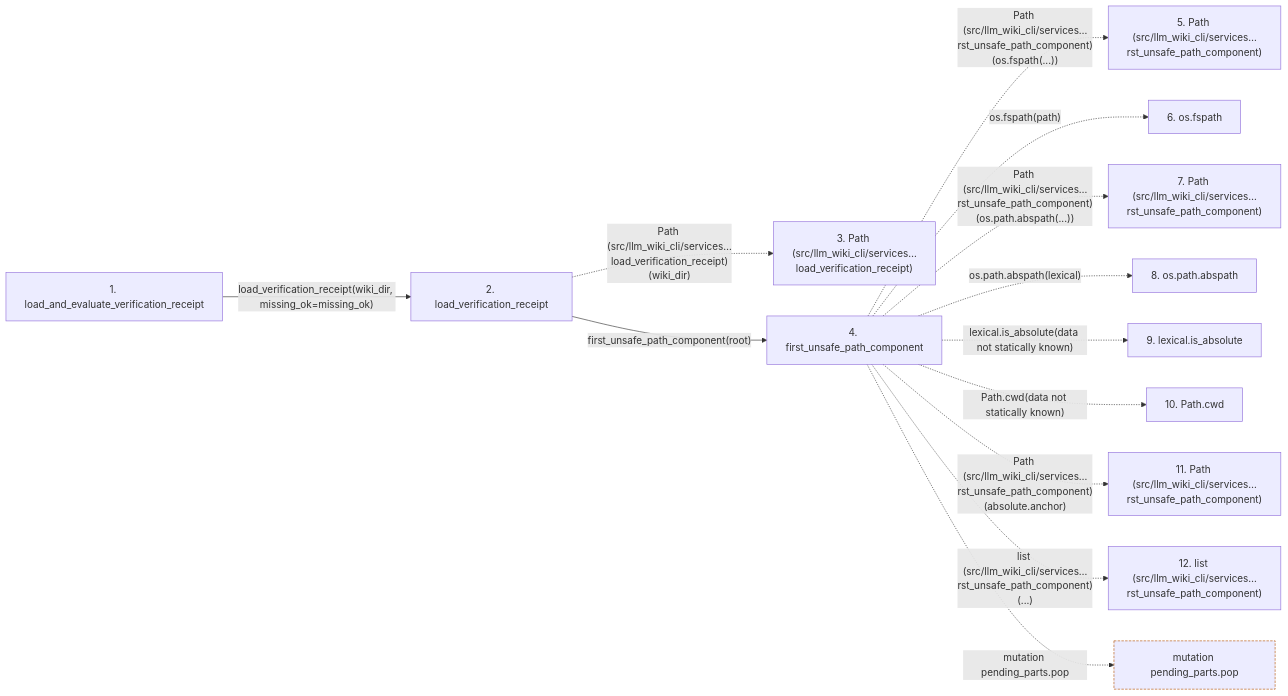
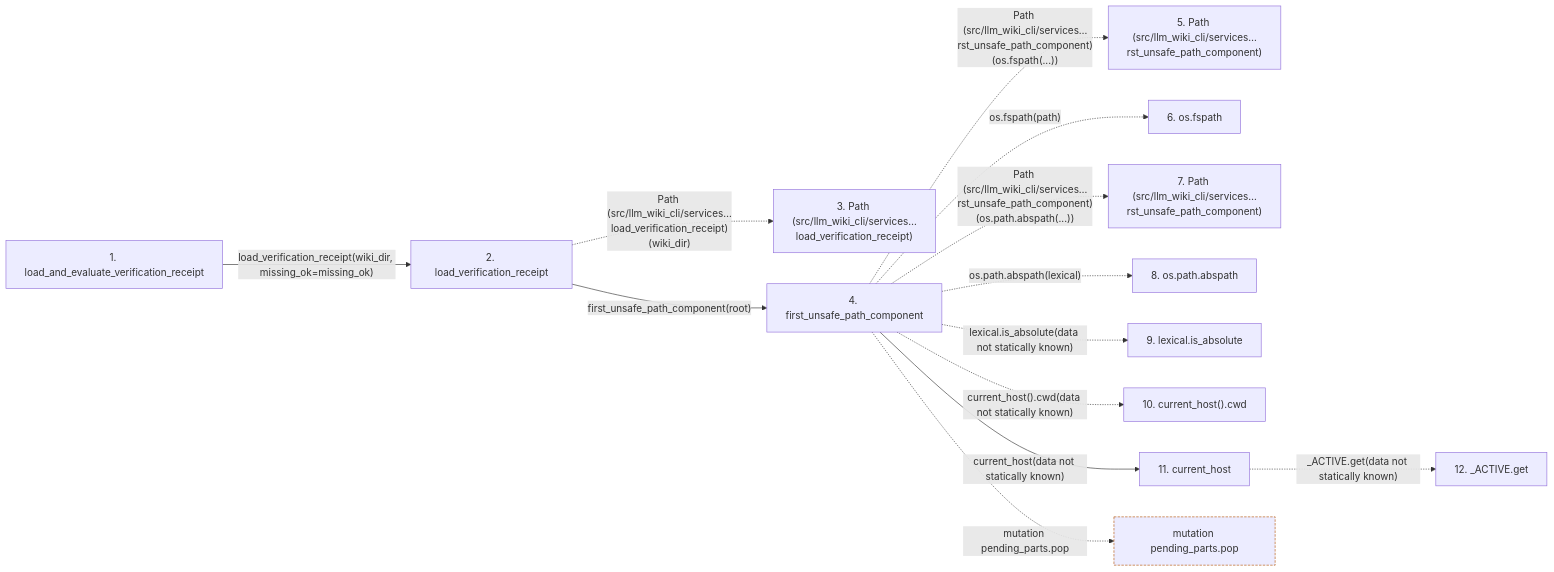
One commit to Denissvgn/python-wiki-llm changed the second of 2 diagrams in docs/llm_wiki/flows/api-load_and_evaluate_verification_receipt.md. Above: the diagram before and after it, drawn with Mermaid. The commit also changed other lines of this file and 1555 other files, not shown here.

````diff
--- a/docs/llm_wiki/flows/api-load_and_evaluate_verification_receipt.md
+++ b/docs/llm_wiki/flows/api-load_and_evaluate_verification_receipt.md
@@ -129,33 +138,34 @@
 ```mermaid
 flowchart LR
     s1["1. load_and_evaluate_verification_receipt"]
     s2["2. load_verification_receipt"]
     s3["3. Path (src/llm_wiki_cli/services…load_verification_receipt)"]
     s4["4. first_unsafe_path_component"]
     s5["5. Path (src/llm_wiki_cli/services…rst_unsafe_path_component)"]
     s6["6. os.fspath"]
     s7["7. Path (src/llm_wiki_cli/services…rst_unsafe_path_component)"]
     s8["8. os.path.abspath"]
     s9["9. lexical.is_absolute"]
-    s10["10. Path.cwd"]
-    s11["11. Path (src/llm_wiki_cli/services…rst_unsafe_path_component)"]
-    s12["12. list (src/llm_wiki_cli/services…rst_unsafe_path_component)"]
+    s10["10. current_host().cwd"]
+    s11["11. current_host"]
+    s12["12. _ACTIVE.get"]
     s1 -->|"load_verification_receipt(wiki_dir, missing_ok=missing_ok)"| s2
     s2 -. "Path (src/llm_wiki_cli/services…load_verification_receipt)(wiki_dir)" .-> s3
     s2 -->|"first_unsafe_path_component(root)"| s4
     s4 -. "Path (src/llm_wiki_cli/services…rst_unsafe_path_component)(os.fspath(...))" .-> s5
     s4 -. "os.fspath(path)" .-> s6
     s4 -. "Path (src/llm_wiki_cli/services…rst_unsafe_path_component)(os.path.abspath(...))" .-> s7
     s4 -. "os.path.abspath(lexical)" .-> s8
     s4 -. "lexical.is_absolute(data not statically known)" .-> s9
-    s4 -. "Path.cwd(data not statically known)" .-> s10
-    s4 -. "Path (src/llm_wiki_cli/services…rst_unsafe_path_component)(absolute.anchor)" .-> s11
-    s4 -. "list (src/llm_wiki_cli/services…rst_unsafe_path_component)(...)" .-> s12
+    s4 -. "current_host().cwd(data not statically known)" .-> s10
+    s4 -->|"current_host(data not statically known)"| s11
+    s11 -. "_ACTIVE.get(data not statically known)" .-> s12
     b0["mutation pending_parts.pop"]
     s4 -. "mutation pending_parts.pop" .-> b0
     click s1 "../modules/verification_contracts.md"
     click s2 "../modules/verification_contracts.md"
     click s4 "../modules/io.md"
+    click s11 "../modules/host.md"
     classDef boundary stroke:#b45309,stroke-dasharray: 4 2
     class b0 boundary
 ```
````
